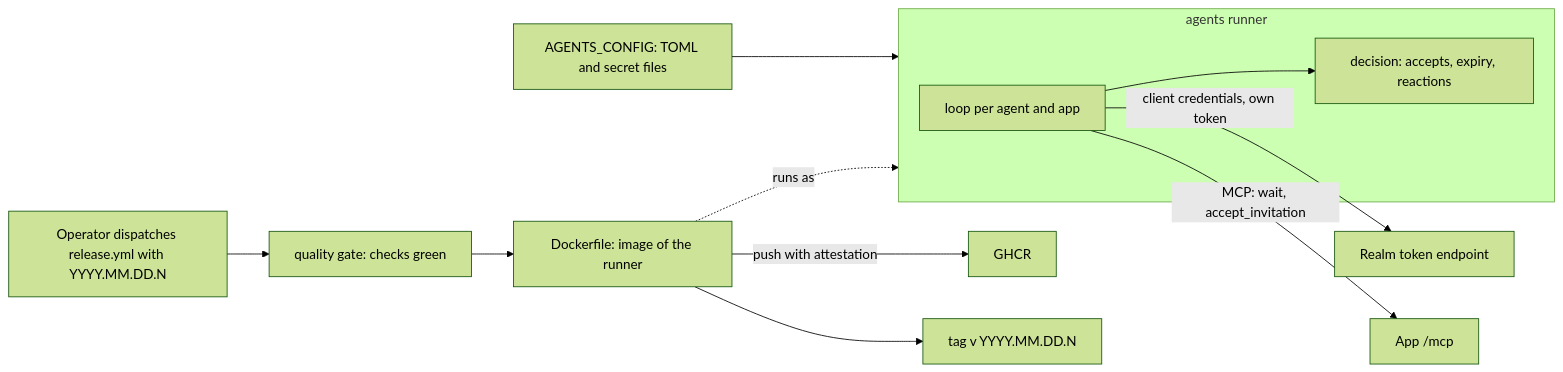
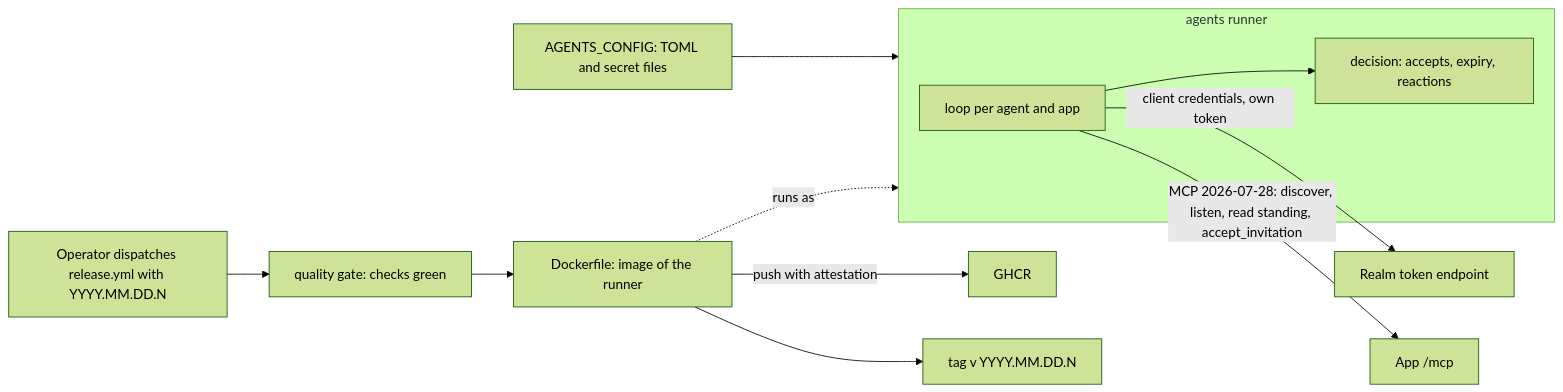
One commit to overnightworks/personas changed the diagram in docs/ARCHITECTURE.md. Above: the diagram before and after it, drawn with Mermaid (forest theme). The commit also changed other lines of this file and 18 other files, not shown here.

````diff
--- a/docs/ARCHITECTURE.md
+++ b/docs/ARCHITECTURE.md
@@ -11,16 +11,16 @@
 ```mermaid
 flowchart LR
     toml["AGENTS_CONFIG: TOML and secret files"] --> runner
     subgraph runner["agents runner"]
         loop["loop per agent and app"]
         decision["decision: accepts, expiry, reactions"]
         loop --> decision
     end
     loop -- "client credentials, own token" --> realm["Realm token endpoint"]
-    loop -- "MCP: wait, accept_invitation" --> app["App /mcp"]
+    loop -- "MCP 2026-07-28: discover, listen, read standing, accept_invitation" --> app["App /mcp"]
     dispatch["Operator dispatches release.yml with YYYY.MM.DD.N"] --> gate["quality gate: checks green"]
     gate --> image["Dockerfile: image of the runner"]
     image -- "push with attestation" --> ghcr["GHCR"]
     image --> tag["tag v YYYY.MM.DD.N"]
     image -. "runs as" .-> runner
 ```
````
